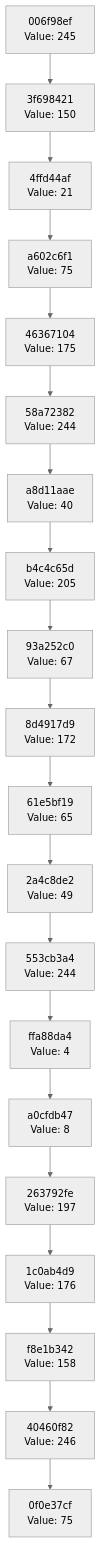
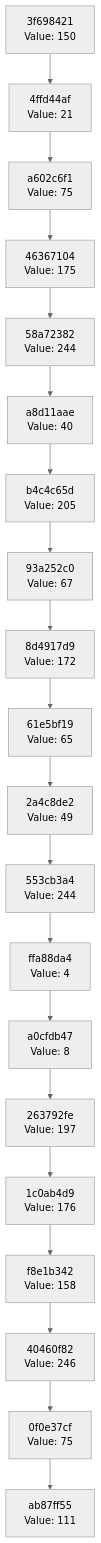
Before and after one commit to Abhisheksinha1506/hash-chain-evolver: the diagram in docs/CHAIN_VISUALIZATION.md, drawn with Mermaid (neutral theme). The commit also changed 1 other file, not shown here.

Commit message:
Evolution step: hash 0x6F → action executed

````diff
--- a/docs/CHAIN_VISUALIZATION.md
+++ b/docs/CHAIN_VISUALIZATION.md
@@ -3,42 +3,42 @@
 ```mermaid
 graph TD
-    C0["0f0e37cf<br/>Value: 75"]
-    C1["40460f82<br/>Value: 246"]
+    C0["ab87ff55<br/>Value: 111"]
+    C1["0f0e37cf<br/>Value: 75"]
     C1 --> C0
-    C2["f8e1b342<br/>Value: 158"]
+    C2["40460f82<br/>Value: 246"]
     C2 --> C1
-    C3["1c0ab4d9<br/>Value: 176"]
+    C3["f8e1b342<br/>Value: 158"]
     C3 --> C2
-    C4["263792fe<br/>Value: 197"]
+    C4["1c0ab4d9<br/>Value: 176"]
     C4 --> C3
-    C5["a0cfdb47<br/>Value: 8"]
+    C5["263792fe<br/>Value: 197"]
     C5 --> C4
-    C6["ffa88da4<br/>Value: 4"]
+    C6["a0cfdb47<br/>Value: 8"]
     C6 --> C5
-    C7["553cb3a4<br/>Value: 244"]
+    C7["ffa88da4<br/>Value: 4"]
     C7 --> C6
-    C8["2a4c8de2<br/>Value: 49"]
+    C8["553cb3a4<br/>Value: 244"]
     C8 --> C7
-    C9["61e5bf19<br/>Value: 65"]
+    C9["2a4c8de2<br/>Value: 49"]
     C9 --> C8
-    C10["8d4917d9<br/>Value: 172"]
+    C10["61e5bf19<br/>Value: 65"]
     C10 --> C9
-    C11["93a252c0<br/>Value: 67"]
+    C11["8d4917d9<br/>Value: 172"]
     C11 --> C10
-    C12["b4c4c65d<br/>Value: 205"]
+    C12["93a252c0<br/>Value: 67"]
     C12 --> C11
-    C13["a8d11aae<br/>Value: 40"]
+    C13["b4c4c65d<br/>Value: 205"]
     C13 --> C12
-    C14["58a72382<br/>Value: 244"]
+    C14["a8d11aae<br/>Value: 40"]
     C14 --> C13
-    C15["46367104<br/>Value: 175"]
+    C15["58a72382<br/>Value: 244"]
     C15 --> C14
-    C16["a602c6f1<br/>Value: 75"]
+    C16["46367104<br/>Value: 175"]
     C16 --> C15
-    C17["4ffd44af<br/>Value: 21"]
+    C17["a602c6f1<br/>Value: 75"]
     C17 --> C16
-    C18["3f698421<br/>Value: 150"]
+    C18["4ffd44af<br/>Value: 21"]
     C18 --> C17
-    C19["006f98ef<br/>Value: 245"]
+    C19["3f698421<br/>Value: 150"]
     C19 --> C18
 ```
````
